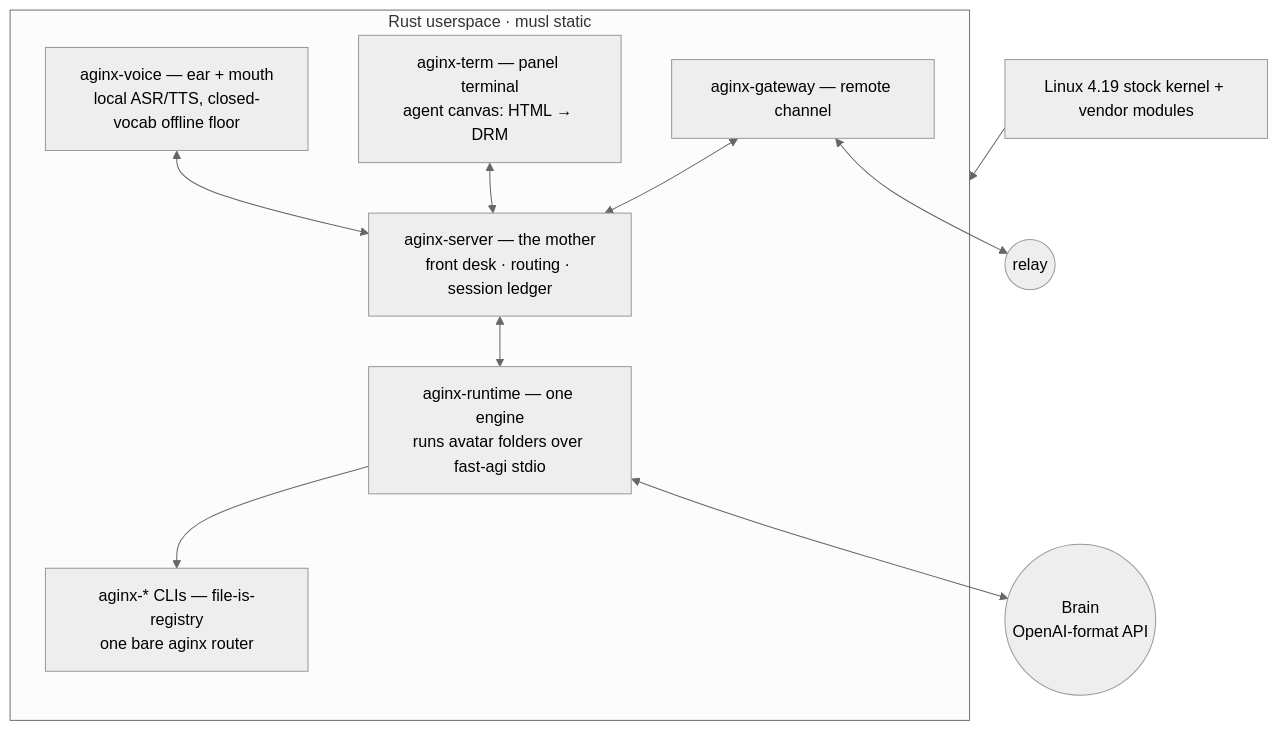
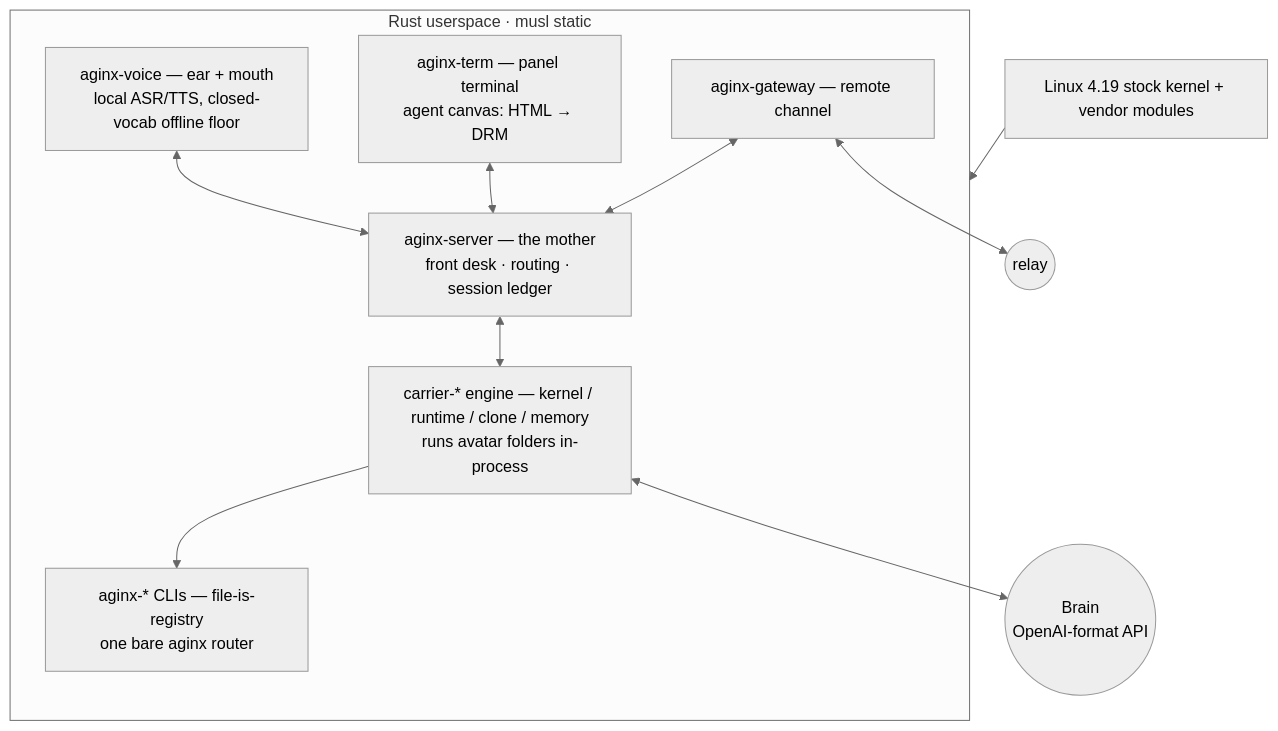
The diagram in README.md (yinnho/aginxos-next), drawn with Mermaid (neutral theme) before and after one commit. The commit also changed other lines of this file and 371 other files, not shown here.

First line of the commit message:
结构刀①：workspace 合一（mother/ 并入 crates/）+ aginx-runtime 刀除

````diff
--- a/README.md
+++ b/README.md
@@ -132,22 +132,22 @@
 ```mermaid
 flowchart TB
     K["Linux 4.19 stock kernel + vendor modules"]
     subgraph U["Rust userspace · musl static"]
         S["aginx-server — the mother<br/>front desk · routing · session ledger"]
-        R["aginx-runtime — one engine<br/>runs avatar folders over fast-agi stdio"]
+        R["carrier-* engine — kernel / runtime / clone / memory<br/>runs avatar folders in-process"]
         V["aginx-voice — ear + mouth<br/>local ASR/TTS, closed-vocab offline floor"]
         T["aginx-term — panel terminal<br/>agent canvas: HTML → DRM"]
         C["aginx-* CLIs — file-is-registry<br/>one bare aginx router"]
         G["aginx-gateway — remote channel"]
     end
     B(("Brain<br/>OpenAI-format API"))
     L(("relay"))
     K --> U
     V <--> S
     T <--> S
     S <--> R
     R --> C
     G <--> S
     G <--> L
     R <--> B
 ```
````
